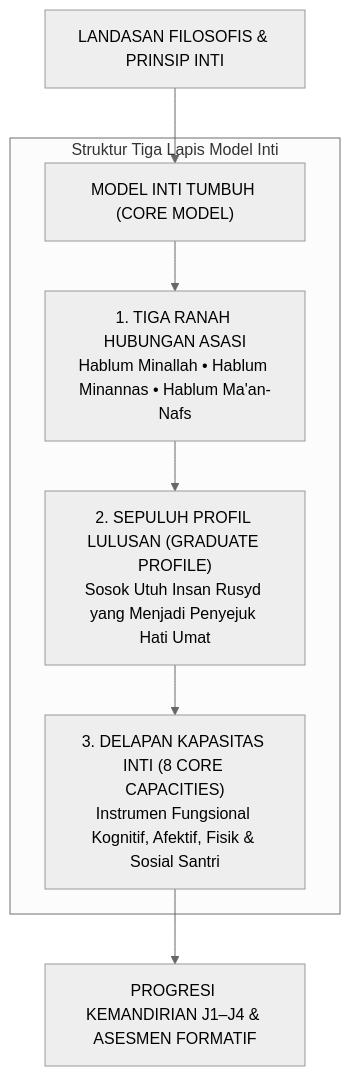
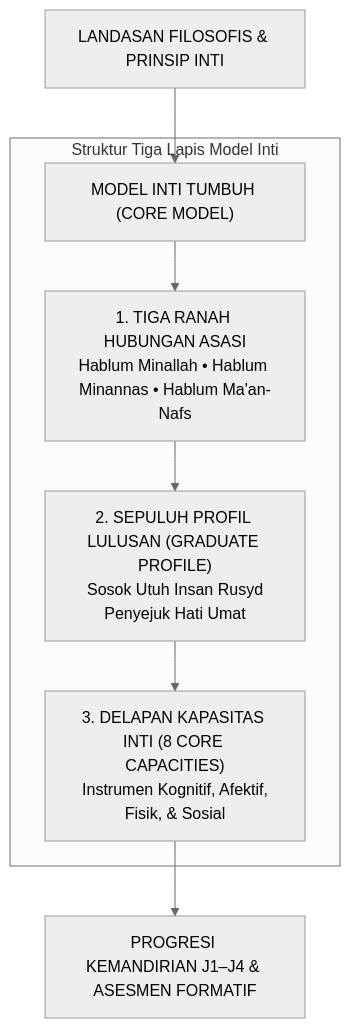
Before and after one commit to wandiapriliyandi/tumbuh: the first of 5 diagrams in BOOK Series 1/01-The-Fundamental-of-TUMBUH/Bab-10-Kerangka-Struktur-Model-Inti-TUMBUH.md, drawn with Mermaid (neutral theme). The commit also changed other lines of this file and 37 other files, not shown here.

Commit message:
fix(book-01): optimasi pemenggalan teks dan overflow seluruh diagram serta render ulang 20 PDF

````diff
--- a/BOOK Series 1/01-The-Fundamental-of-TUMBUH/Bab-10-Kerangka-Struktur-Model-Inti-TUMBUH.md
+++ b/BOOK Series 1/01-The-Fundamental-of-TUMBUH/Bab-10-Kerangka-Struktur-Model-Inti-TUMBUH.md
@@ -29,12 +29,12 @@
 ```mermaid
 graph TD
     A["LANDASAN FILOSOFIS & PRINSIP INTI"] --> B["MODEL INTI TUMBUH (CORE MODEL)"]
     
     subgraph ARSITEKTUR_CORE_MODEL["Struktur Tiga Lapis Model Inti"]
         B --> L1["1. TIGA RANAH HUBUNGAN ASASI<br/>Hablum Minallah • Hablum Minannas • Hablum Ma'an-Nafs"]
-        L1 --> L2["2. SEPULUH PROFIL LULUSAN (GRADUATE PROFILE)<br/>Sosok Utuh Insan Rusyd yang Menjadi Penyejuk Hati Umat"]
-        L2 --> L3["3. DELAPAN KAPASITAS INTI (8 CORE CAPACITIES)<br/>Instrumen Fungsional Kognitif, Afektif, Fisik & Sosial Santri"]
+        L1 --> L2["2. SEPULUH PROFIL LULUSAN (GRADUATE PROFILE)<br/>Sosok Utuh Insan Rusyd<br/>Penyejuk Hati Umat"]
+        L2 --> L3["3. DELAPAN KAPASITAS INTI (8 CORE CAPACITIES)<br/>Instrumen Kognitif, Afektif,<br/>Fisik, & Sosial"]
     end
 
     L3 --> C["PROGRESI KEMANDIRIAN J1–J4 & ASESMEN FORMATIF"]
 ```
````
